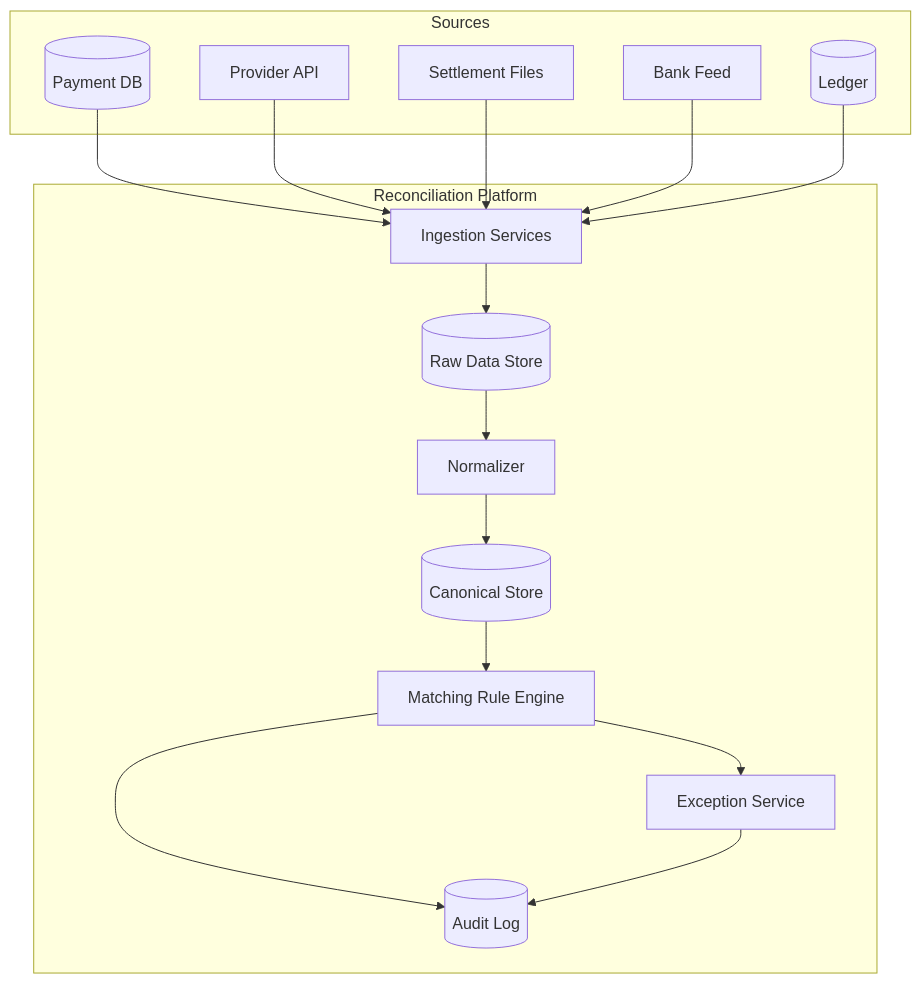
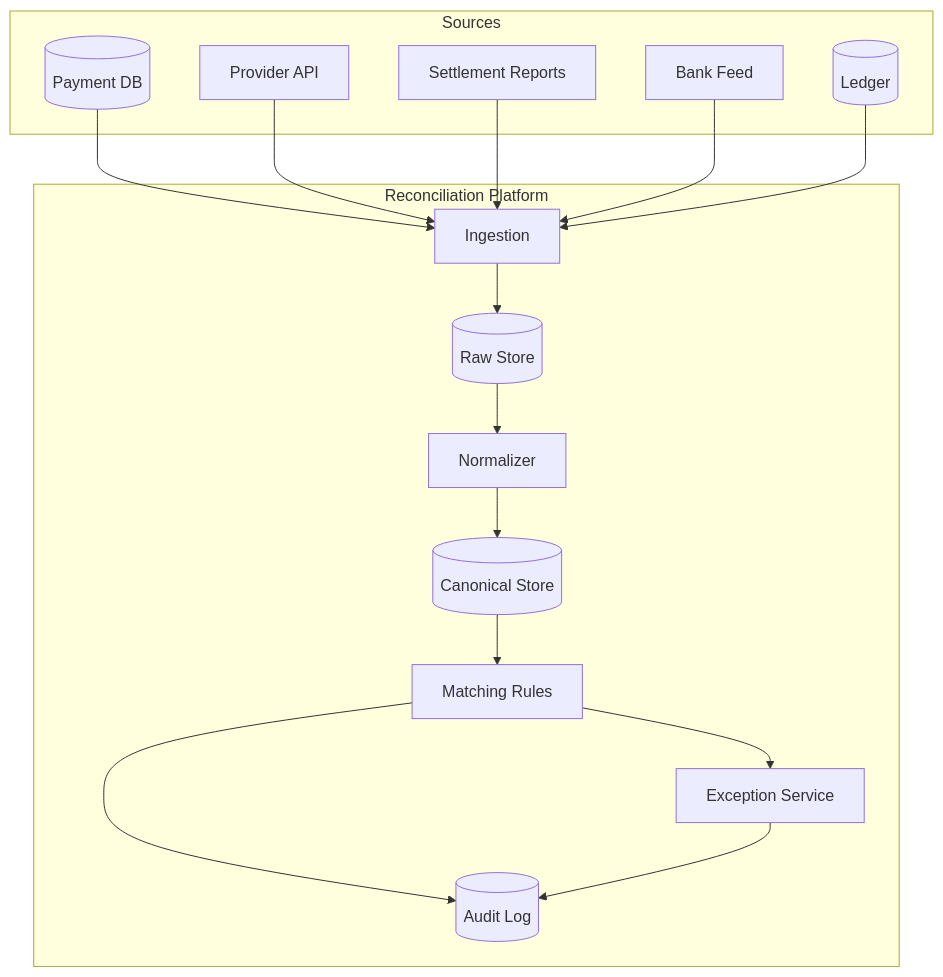
The eighth of 8 diagrams in src/content/payments/reconciliation.md (AvadhBhalodiya/Interview-Preparation), drawn with Mermaid before and after one commit. The commit also changed other lines of this file and 54 other files, not shown here.

````diff
--- a/src/content/payments/reconciliation.md
+++ b/src/content/payments/reconciliation.md
@@ -830,33 +627,33 @@
 ```mermaid
 flowchart TB
     subgraph Sources
         DB[(Payment DB)]
         API[Provider API]
-        FILE[Settlement Files]
+        FILE[Settlement Reports]
         BANK[Bank Feed]
         LEDGER[(Ledger)]
     end
 
     subgraph Reconciliation Platform
-        INGEST[Ingestion Services]
-        RAW[(Raw Data Store)]
+        INGEST[Ingestion]
+        RAW[(Raw Store)]
         NORMAL[Normalizer]
         CANON[(Canonical Store)]
-        RULES[Matching Rule Engine]
+        RULES[Matching Rules]
         EXCEPT[Exception Service]
         AUDIT[(Audit Log)]
     end
 
     DB --> INGEST
     API --> INGEST
     FILE --> INGEST
     BANK --> INGEST
     LEDGER --> INGEST
     INGEST --> RAW
     RAW --> NORMAL
     NORMAL --> CANON
     CANON --> RULES
     RULES --> EXCEPT
     RULES --> AUDIT
     EXCEPT --> AUDIT
 ```
````
